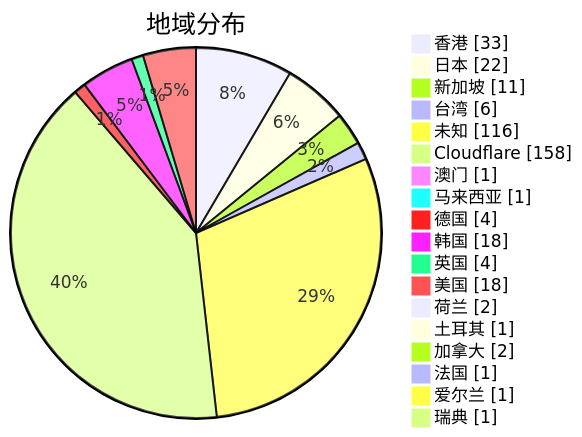
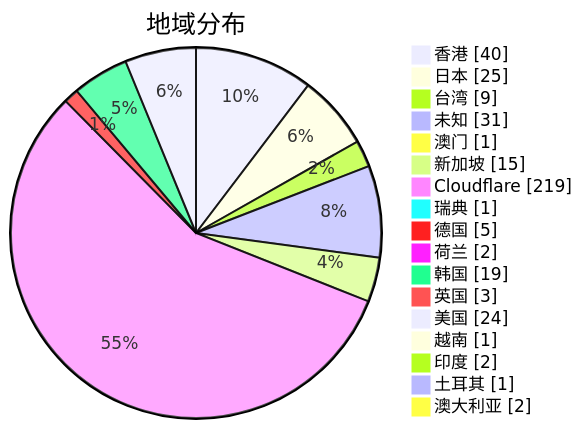
One commit to qjlxg/airport changed the second of 3 diagrams in subs/statistics/tested_within.md. Above: the diagram before and after it, drawn with Mermaid. The commit also changed other lines of this file and 2 other files, not shown here.

Commit message:
Tested by metaST

````diff
--- a/subs/statistics/tested_within.md
+++ b/subs/statistics/tested_within.md
@@ -13,22 +13,21 @@
 ```mermaid
 pie showData
 title 地域分布
-"香港" : 33
-"日本" : 22
-"新加坡" : 11
-"台湾" : 6
-"未知" : 116
-"Cloudflare" : 158
+"香港" : 40
+"日本" : 25
+"台湾" : 9
+"未知" : 31
 "澳门" : 1
-"马来西亚" : 1
-"德国" : 4
-"韩国" : 18
-"英国" : 4
-"美国" : 18
+"新加坡" : 15
+"Cloudflare" : 219
+"瑞典" : 1
+"德国" : 5
 "荷兰" : 2
+"韩国" : 19
+"英国" : 3
+"美国" : 24
+"越南" : 1
+"印度" : 2
 "土耳其" : 1
-"加拿大" : 2
-"法国" : 1
-"爱尔兰" : 1
-"瑞典" : 1
+"澳大利亚" : 2
 ```
````
